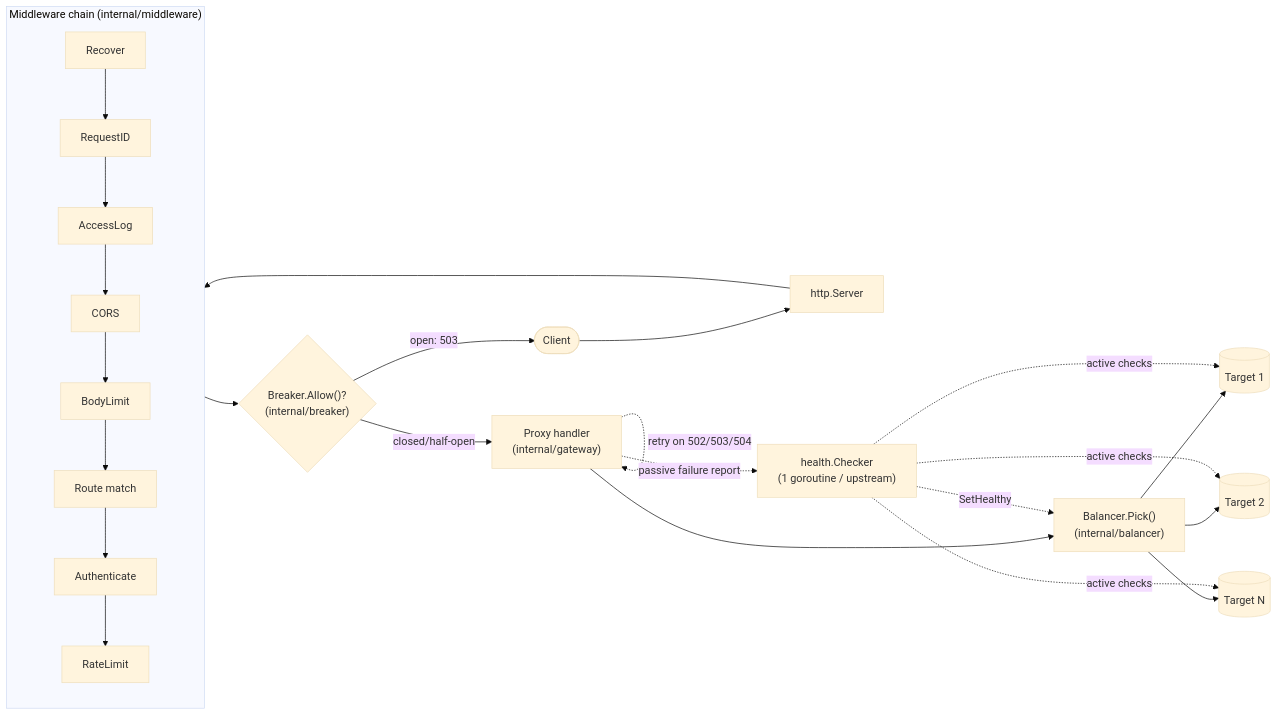
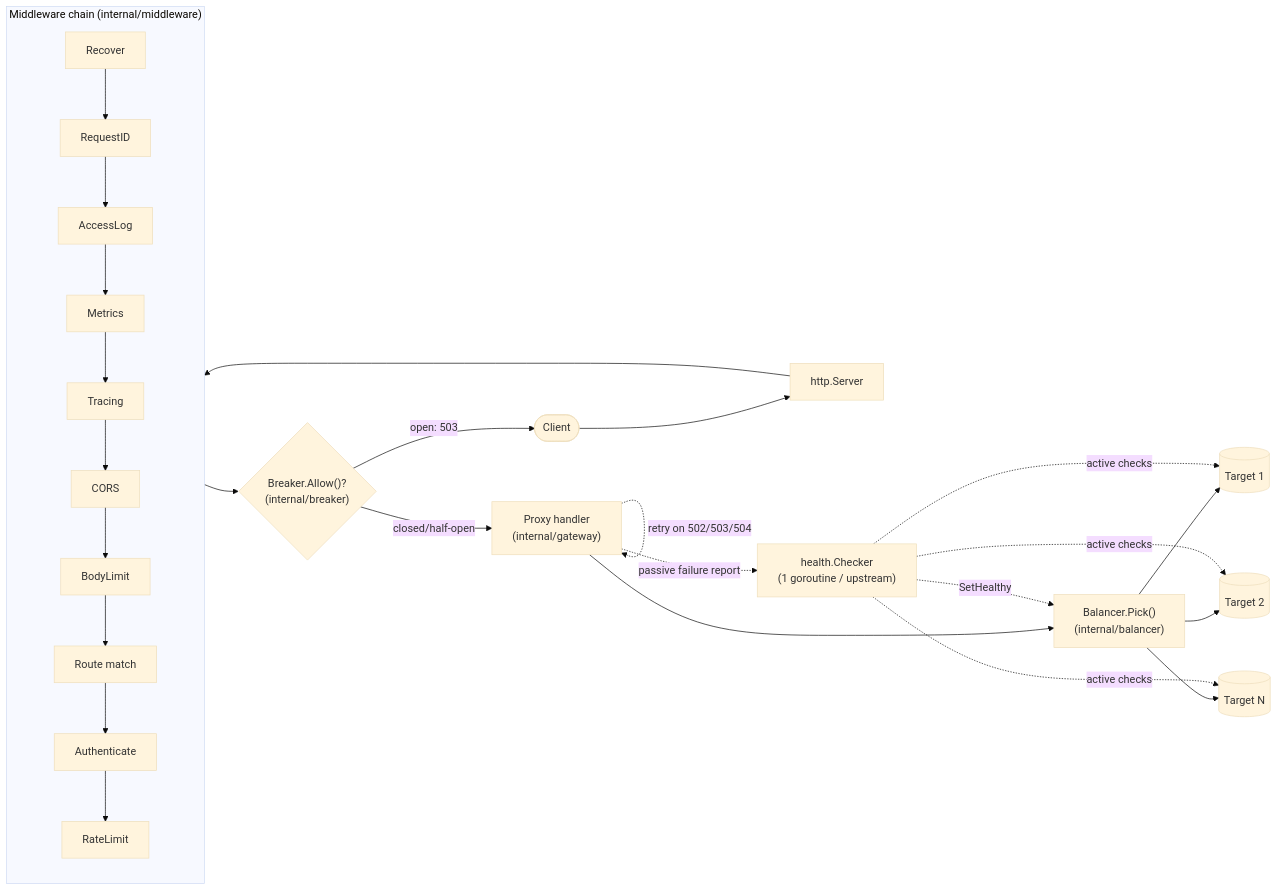
Before and after one commit to rosali3/gatekeeper: the diagram in README.md, drawn with Mermaid (base theme). The commit also changed other lines of this file, not shown here.

Commit message:
docs: cover Prometheus metrics and OpenTelemetry tracing in the README

````diff
--- a/README.md
+++ b/README.md
@@ -72,25 +83,25 @@
 ```mermaid
 flowchart LR
     client([Client]) --> srv[http.Server]
     srv --> chain
 
     subgraph chain["Middleware chain (internal/middleware)"]
         direction TB
-        recover[Recover] --> reqid[RequestID] --> alog[AccessLog] --> cors[CORS] --> bodylimit[BodyLimit] --> match[Route match] --> authn[Authenticate] --> ratelimit[RateLimit]
+        recover[Recover] --> reqid[RequestID] --> alog[AccessLog] --> metrics[Metrics] --> tracing[Tracing] --> cors[CORS] --> bodylimit[BodyLimit] --> match[Route match] --> authn[Authenticate] --> ratelimit[RateLimit]
     end
 
     chain --> cb{"Breaker.Allow()?\n(internal/breaker)"}
     cb -->|open: 503| client
     cb -->|closed/half-open| proxy["Proxy handler\n(internal/gateway)"]
     proxy -.retry on 502/503/504.-> proxy
     proxy --> bal["Balancer.Pick()\n(internal/balancer)"]
     bal --> t1[(Target 1)]
     bal --> t2[(Target 2)]
     bal --> t3[(Target N)]
 
     hc["health.Checker\n(1 goroutine / upstream)"] -.active checks.-> t1
     hc -.active checks.-> t2
     hc -.active checks.-> t3
     proxy -.passive failure report.-> hc
     hc -.SetHealthy.-> bal
 ```
````
